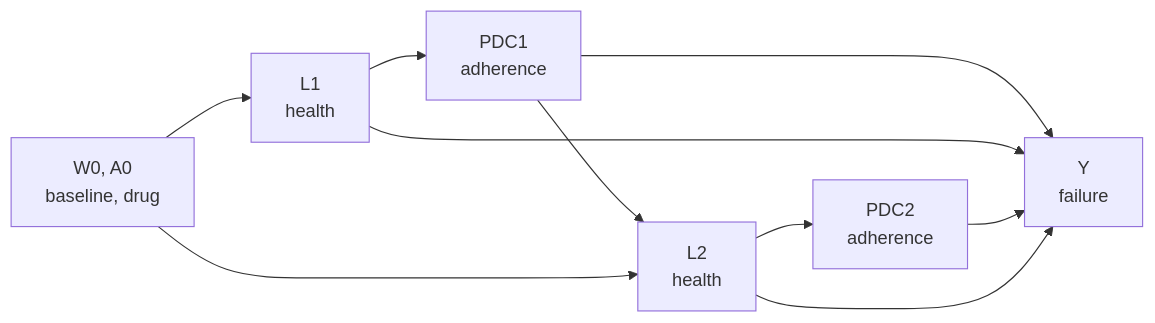
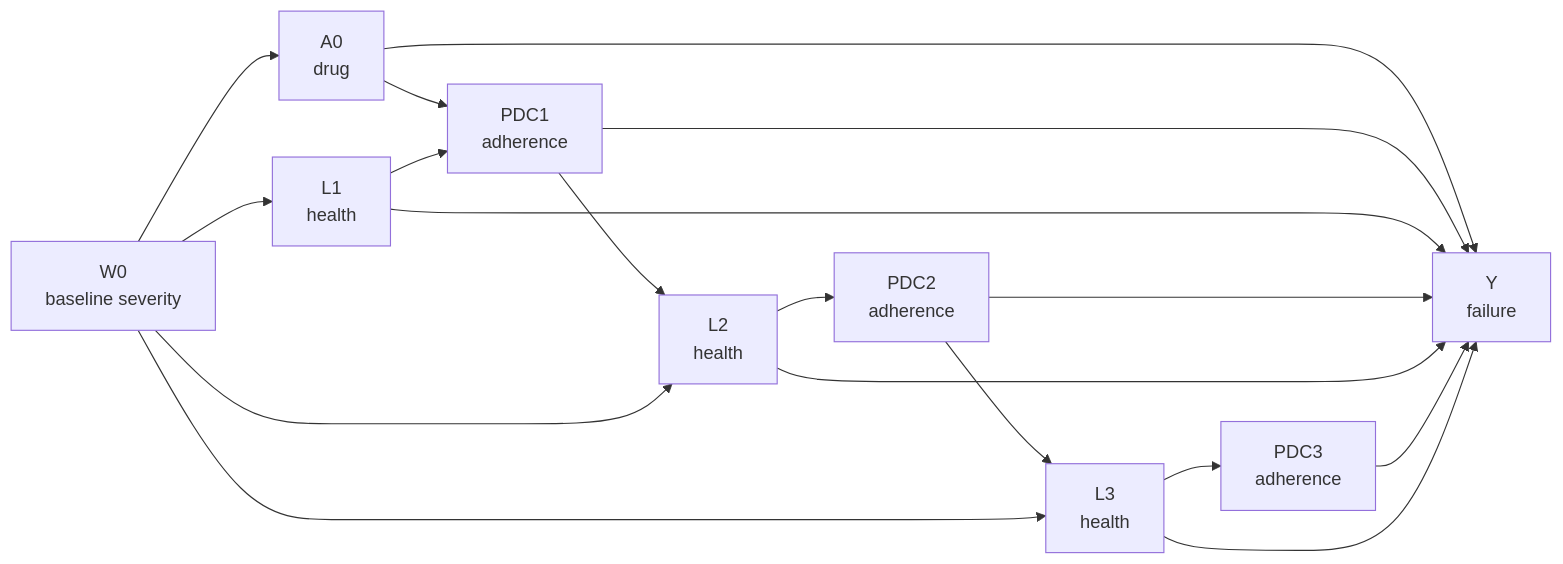
One commit to amertens/causal-learning-handbook changed the diagram in 03-03b-adherence-shift-methods.qmd. Above: the diagram before and after it, drawn with Mermaid. The commit also changed other lines of this file and 7 other files, not shown here.

````diff
--- a/03-03b-adherence-shift-methods.qmd
+++ b/03-03b-adherence-shift-methods.qmd
@@ -83,14 +83,22 @@
 ```{mermaid}
 %%| label: fig-adherence-dag
-%%| fig-cap: "Two blocks of the adherence process. Health status L at each block confounds the adherence-to-failure relationship and is itself moved by prior adherence (the feedback arrow from PDC1 to L2). A regression that conditions on L removes the confounding but also blocks the pathway through which past adherence acts; a regression that omits L leaves the confounding in place."
+%%| fig-cap: "Three blocks of the adherence process (K = 3). Baseline severity W0 channels the drug choice A0 (confounding by indication, the arrow W0 to A0). Health status L at each block confounds the adherence-to-failure relationship and is itself moved by prior adherence (the feedback arrows PDC1 to L2 and PDC2 to L3); this is treatment-confounder feedback. The drug A0 modifies the adherence-to-failure relationship at every block (forgiveness). A regression that conditions on L removes the confounding but also blocks the pathway through which past adherence acts; a regression that omits L leaves the confounding in place."
 flowchart LR
-  W["W0, A0<br/>baseline, drug"] --> L1["L1<br/>health"]
-  L1 --> P1["PDC1<br/>adherence"]
-  P1 --> Y["Y<br/>failure"]
+  W0["W0<br/>baseline severity"] --> A0["A0<br/>drug"]
+  W0 --> L1["L1<br/>health"]
+  A0 --> Y["Y<br/>failure"]
+  A0 --> P1["PDC1<br/>adherence"]
+  L1 --> P1
+  P1 --> Y
   L1 --> Y
   P1 --> L2["L2<br/>health"]
-  W --> L2
+  W0 --> L2
   L2 --> P2["PDC2<br/>adherence"]
   P2 --> Y
   L2 --> Y
+  P2 --> L3["L3<br/>health"]
+  W0 --> L3
+  L3 --> P3["PDC3<br/>adherence"]
+  P3 --> Y
+  L3 --> Y
 ```
````
